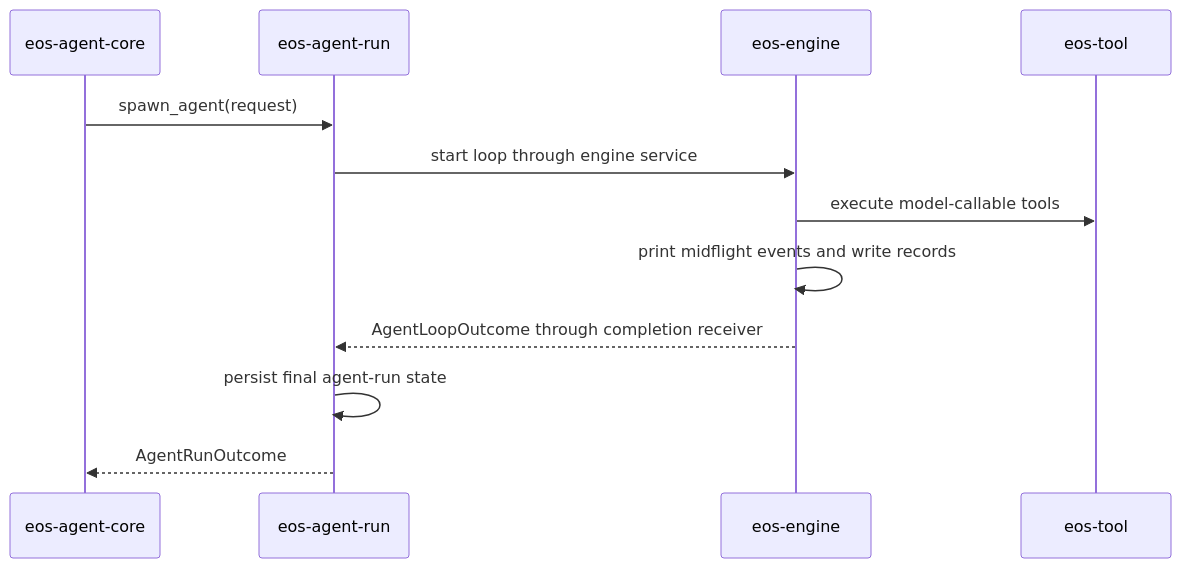
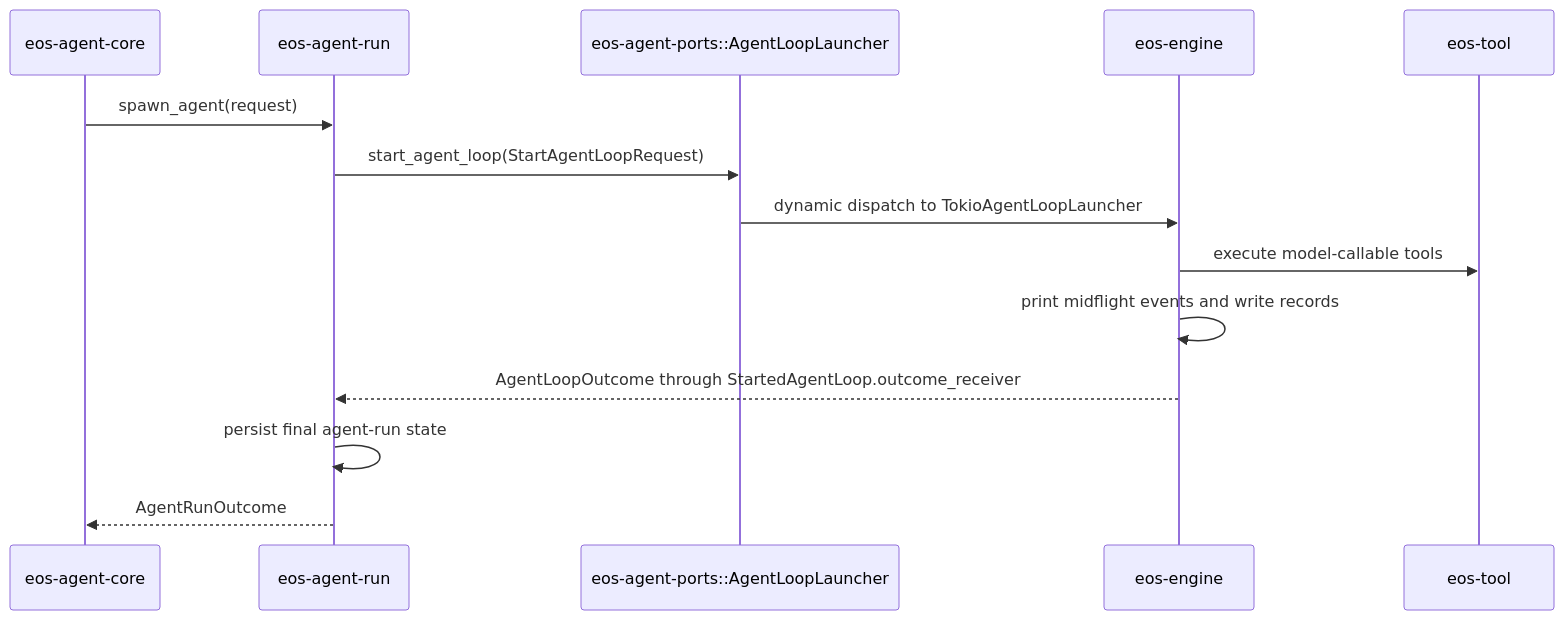
Before and after one commit to Ephemeral-AI-Lab/ephemeral-os: the diagram in docs/plans/agent-core-workspace-architecture-rules/phase-04-eos-engine-agent-run_SPEC.md, drawn with Mermaid. The commit also changed other lines of this file and 404 other files, not shown here.

````diff
--- a/docs/plans/agent-core-workspace-architecture-rules/phase-04-eos-engine-agent-run_SPEC.md
+++ b/docs/plans/agent-core-workspace-architecture-rules/phase-04-eos-engine-agent-run_SPEC.md
@@ -249,15 +351,17 @@
 ```mermaid
 sequenceDiagram
     participant AgentCore as eos-agent-core
     participant Run as eos-agent-run
+    participant Port as eos-agent-ports::AgentLoopLauncher
     participant Engine as eos-engine
     participant Tool as eos-tool
 
     AgentCore->>Run: spawn_agent(request)
-    Run->>Engine: start loop through engine service
+    Run->>Port: start_agent_loop(StartAgentLoopRequest)
+    Port->>Engine: dynamic dispatch to TokioAgentLoopLauncher
     Engine->>Tool: execute model-callable tools
     Engine->>Engine: print midflight events and write records
-    Engine-->>Run: AgentLoopOutcome through completion receiver
+    Engine-->>Run: AgentLoopOutcome through StartedAgentLoop.outcome_receiver
     Run->>Run: persist final agent-run state
     Run-->>AgentCore: AgentRunOutcome
 ```
````
